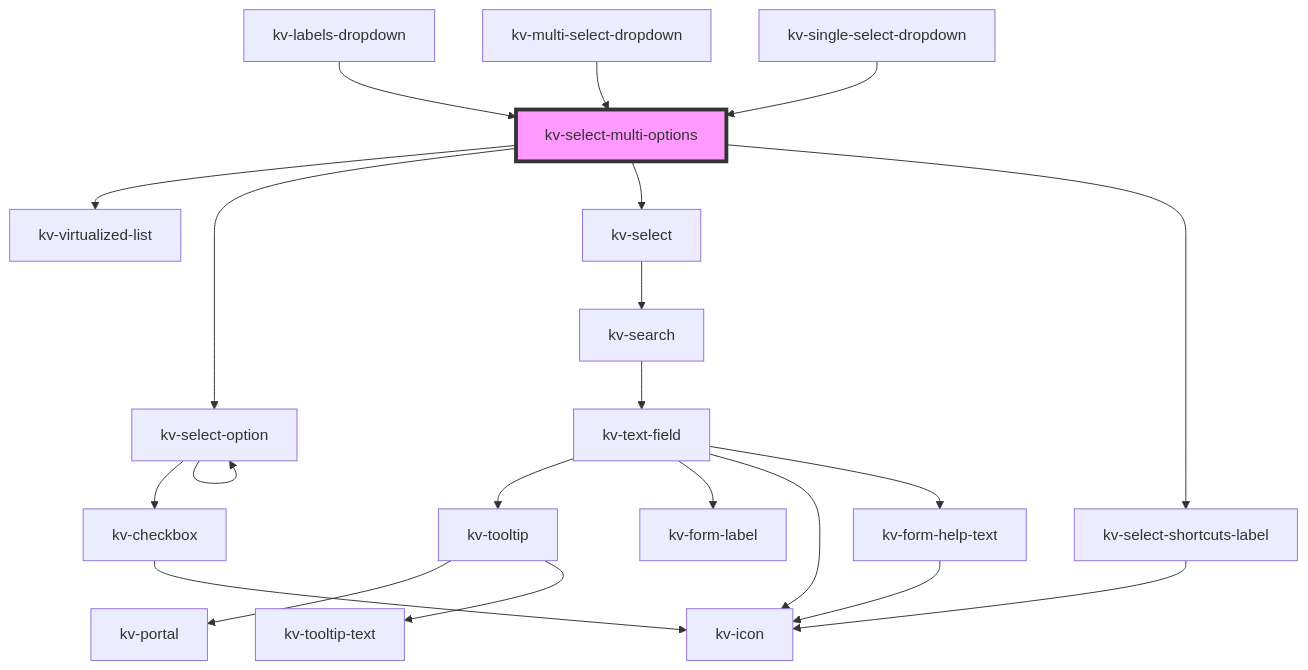
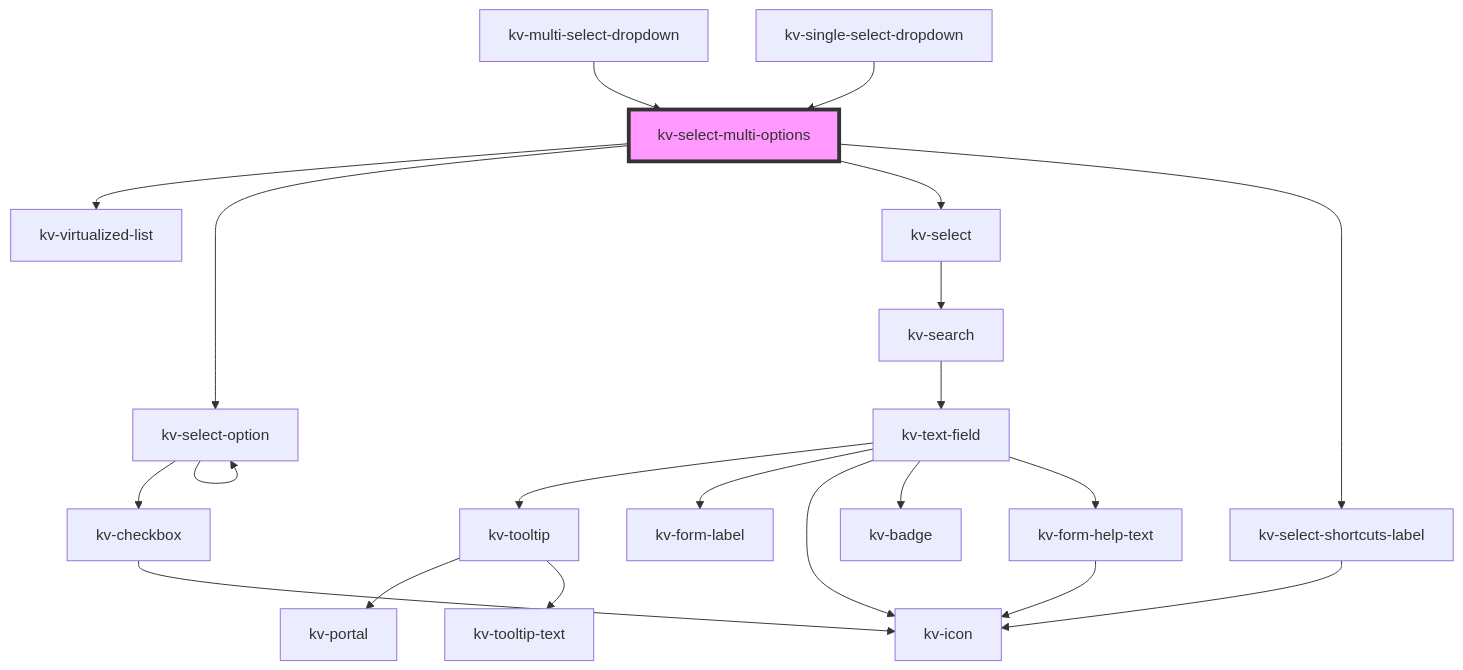
Before and after one commit to kelvininc/ui-components: the diagram in packages/ui-components/src/components/select-multi-options/readme.md, drawn with Mermaid. The commit also changed other lines of this file and 48 other files, not shown here.

Commit message:
feat(text-field): add value prefix and badge

````diff
--- a/packages/ui-components/src/components/select-multi-options/readme.md
+++ b/packages/ui-components/src/components/select-multi-options/readme.md
@@ -83,24 +82,24 @@
 ```mermaid
 graph TD;
   kv-select-multi-options --> kv-virtualized-list
   kv-select-multi-options --> kv-select-option
   kv-select-multi-options --> kv-select
   kv-select-multi-options --> kv-select-shortcuts-label
   kv-select-option --> kv-checkbox
   kv-select-option --> kv-select-option
   kv-checkbox --> kv-icon
   kv-select --> kv-search
   kv-search --> kv-text-field
   kv-text-field --> kv-tooltip
   kv-text-field --> kv-form-label
   kv-text-field --> kv-icon
+  kv-text-field --> kv-badge
   kv-text-field --> kv-form-help-text
   kv-tooltip --> kv-portal
   kv-tooltip --> kv-tooltip-text
   kv-form-help-text --> kv-icon
   kv-select-shortcuts-label --> kv-icon
-  kv-labels-dropdown --> kv-select-multi-options
   kv-multi-select-dropdown --> kv-select-multi-options
   kv-single-select-dropdown --> kv-select-multi-options
   style kv-select-multi-options fill:#f9f,stroke:#333,stroke-width:4px
 ```
````
